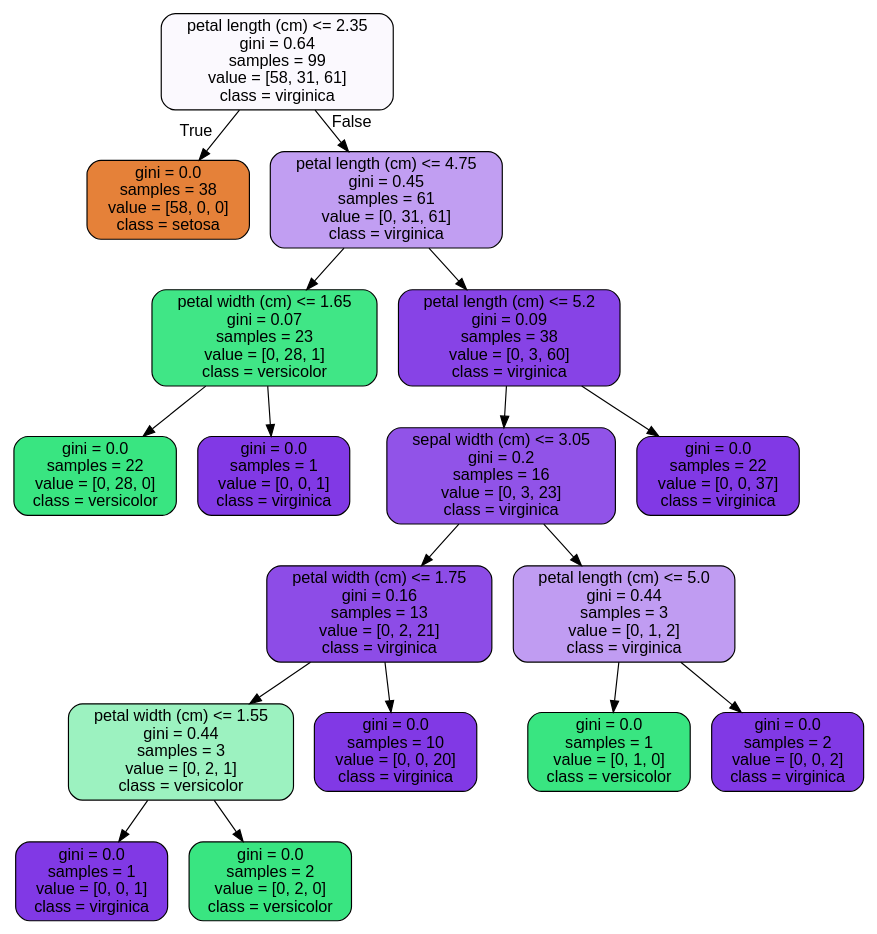
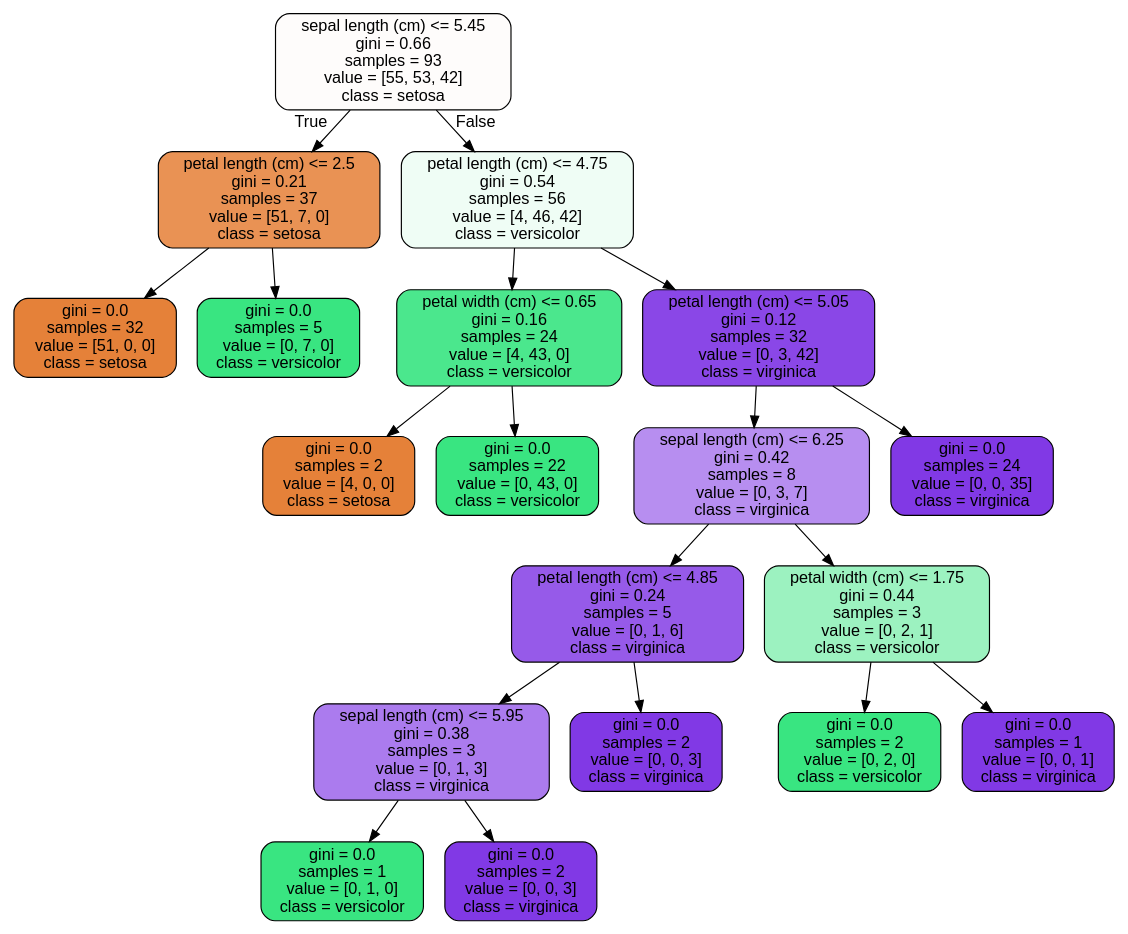
Before and after one commit to joshtod/Springboard: the diagram in Random Covid Forest/RandomForest Covid Case Study_06302020/tree.dot, drawn with Graphviz. The commit also changed 2 other files, not shown here.

```diff
--- a/Random Covid Forest/RandomForest Covid Case Study_06302020/tree.dot
+++ b/Random Covid Forest/RandomForest Covid Case Study_06302020/tree.dot
@@ -1,37 +1,41 @@
 digraph Tree {
 node [shape=box, style="filled, rounded", color="black", fontname="helvetica"] ;
 edge [fontname="helvetica"] ;
-0 [label="petal length (cm) <= 2.35\ngini = 0.64\nsamples = 99\nvalue = [58, 31, 61]\nclass = virginica", fillcolor="#fbf9fe"] ;
-1 [label="gini = 0.0\nsamples = 38\nvalue = [58, 0, 0]\nclass = setosa", fillcolor="#e58139"] ;
+0 [label="sepal length (cm) <= 5.45\ngini = 0.66\nsamples = 93\nvalue = [55, 53, 42]\nclass = setosa", fillcolor="#fefcfb"] ;
+1 [label="petal length (cm) <= 2.5\ngini = 0.21\nsamples = 37\nvalue = [51, 7, 0]\nclass = setosa", fillcolor="#e99254"] ;
 0 -> 1 [labeldistance=2.5, labelangle=45, headlabel="True"] ;
-2 [label="petal length (cm) <= 4.75\ngini = 0.45\nsamples = 61\nvalue = [0, 31, 61]\nclass = virginica", fillcolor="#c19ef2"] ;
-0 -> 2 [labeldistance=2.5, labelangle=-45, headlabel="False"] ;
-3 [label="petal width (cm) <= 1.65\ngini = 0.07\nsamples = 23\nvalue = [0, 28, 1]\nclass = versicolor", fillcolor="#40e686"] ;
-2 -> 3 ;
-4 [label="gini = 0.0\nsamples = 22\nvalue = [0, 28, 0]\nclass = versicolor", fillcolor="#39e581"] ;
-3 -> 4 ;
-5 [label="gini = 0.0\nsamples = 1\nvalue = [0, 0, 1]\nclass = virginica", fillcolor="#8139e5"] ;
-3 -> 5 ;
-6 [label="petal length (cm) <= 5.2\ngini = 0.09\nsamples = 38\nvalue = [0, 3, 60]\nclass = virginica", fillcolor="#8743e6"] ;
-2 -> 6 ;
-7 [label="sepal width (cm) <= 3.05\ngini = 0.2\nsamples = 16\nvalue = [0, 3, 23]\nclass = virginica", fillcolor="#9153e8"] ;
-6 -> 7 ;
-8 [label="petal width (cm) <= 1.75\ngini = 0.16\nsamples = 13\nvalue = [0, 2, 21]\nclass = virginica", fillcolor="#8d4ce7"] ;
-7 -> 8 ;
-9 [label="petal width (cm) <= 1.55\ngini = 0.44\nsamples = 3\nvalue = [0, 2, 1]\nclass = versicolor", fillcolor="#9cf2c0"] ;
+2 [label="gini = 0.0\nsamples = 32\nvalue = [51, 0, 0]\nclass = setosa", fillcolor="#e58139"] ;
+1 -> 2 ;
+3 [label="gini = 0.0\nsamples = 5\nvalue = [0, 7, 0]\nclass = versicolor", fillcolor="#39e581"] ;
+1 -> 3 ;
+4 [label="petal length (cm) <= 4.75\ngini = 0.54\nsamples = 56\nvalue = [4, 46, 42]\nclass = versicolor", fillcolor="#effdf5"] ;
+0 -> 4 [labeldistance=2.5, labelangle=-45, headlabel="False"] ;
+5 [label="petal width (cm) <= 0.65\ngini = 0.16\nsamples = 24\nvalue = [4, 43, 0]\nclass = versicolor", fillcolor="#4be78d"] ;
+4 -> 5 ;
+6 [label="gini = 0.0\nsamples = 2\nvalue = [4, 0, 0]\nclass = setosa", fillcolor="#e58139"] ;
+5 -> 6 ;
+7 [label="gini = 0.0\nsamples = 22\nvalue = [0, 43, 0]\nclass = versicolor", fillcolor="#39e581"] ;
+5 -> 7 ;
+8 [label="petal length (cm) <= 5.05\ngini = 0.12\nsamples = 32\nvalue = [0, 3, 42]\nclass = virginica", fillcolor="#8a47e7"] ;
+4 -> 8 ;
+9 [label="sepal length (cm) <= 6.25\ngini = 0.42\nsamples = 8\nvalue = [0, 3, 7]\nclass = virginica", fillcolor="#b78ef0"] ;
 8 -> 9 ;
-10 [label="gini = 0.0\nsamples = 1\nvalue = [0, 0, 1]\nclass = virginica", fillcolor="#8139e5"] ;
+10 [label="petal length (cm) <= 4.85\ngini = 0.24\nsamples = 5\nvalue = [0, 1, 6]\nclass = virginica", fillcolor="#965ae9"] ;
 9 -> 10 ;
-11 [label="gini = 0.0\nsamples = 2\nvalue = [0, 2, 0]\nclass = versicolor", fillcolor="#39e581"] ;
-9 -> 11 ;
-12 [label="gini = 0.0\nsamples = 10\nvalue = [0, 0, 20]\nclass = virginica", fillcolor="#8139e5"] ;
-8 -> 12 ;
-13 [label="petal length (cm) <= 5.0\ngini = 0.44\nsamples = 3\nvalue = [0, 1, 2]\nclass = virginica", fillcolor="#c09cf2"] ;
-7 -> 13 ;
-14 [label="gini = 0.0\nsamples = 1\nvalue = [0, 1, 0]\nclass = versicolor", fillcolor="#39e581"] ;
-13 -> 14 ;
-15 [label="gini = 0.0\nsamples = 2\nvalue = [0, 0, 2]\nclass = virginica", fillcolor="#8139e5"] ;
-13 -> 15 ;
-16 [label="gini = 0.0\nsamples = 22\nvalue = [0, 0, 37]\nclass = virginica", fillcolor="#8139e5"] ;
-6 -> 16 ;
+11 [label="sepal length (cm) <= 5.95\ngini = 0.38\nsamples = 3\nvalue = [0, 1, 3]\nclass = virginica", fillcolor="#ab7bee"] ;
+10 -> 11 ;
+12 [label="gini = 0.0\nsamples = 1\nvalue = [0, 1, 0]\nclass = versicolor", fillcolor="#39e581"] ;
+11 -> 12 ;
+13 [label="gini = 0.0\nsamples = 2\nvalue = [0, 0, 3]\nclass = virginica", fillcolor="#8139e5"] ;
+11 -> 13 ;
+14 [label="gini = 0.0\nsamples = 2\nvalue = [0, 0, 3]\nclass = virginica", fillcolor="#8139e5"] ;
+10 -> 14 ;
+15 [label="petal width (cm) <= 1.75\ngini = 0.44\nsamples = 3\nvalue = [0, 2, 1]\nclass = versicolor", fillcolor="#9cf2c0"] ;
+9 -> 15 ;
+16 [label="gini = 0.0\nsamples = 2\nvalue = [0, 2, 0]\nclass = versicolor", fillcolor="#39e581"] ;
+15 -> 16 ;
+17 [label="gini = 0.0\nsamples = 1\nvalue = [0, 0, 1]\nclass = virginica", fillcolor="#8139e5"] ;
+15 -> 17 ;
+18 [label="gini = 0.0\nsamples = 24\nvalue = [0, 0, 35]\nclass = virginica", fillcolor="#8139e5"] ;
+8 -> 18 ;
 }
```
